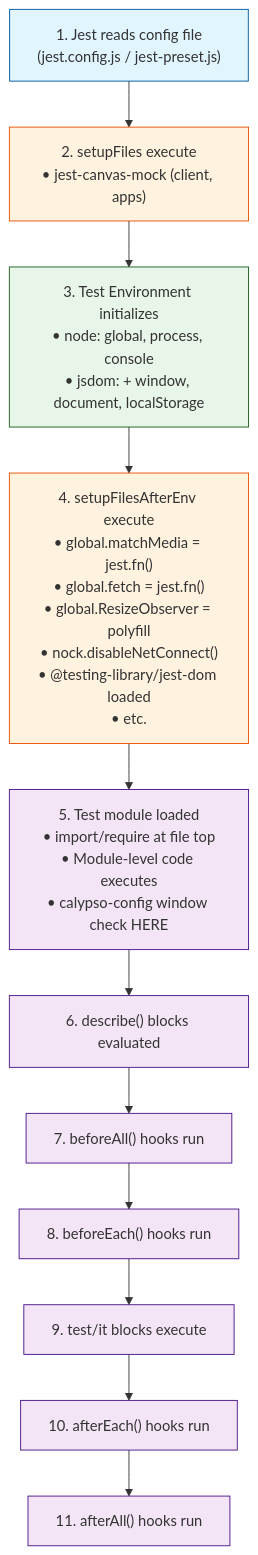
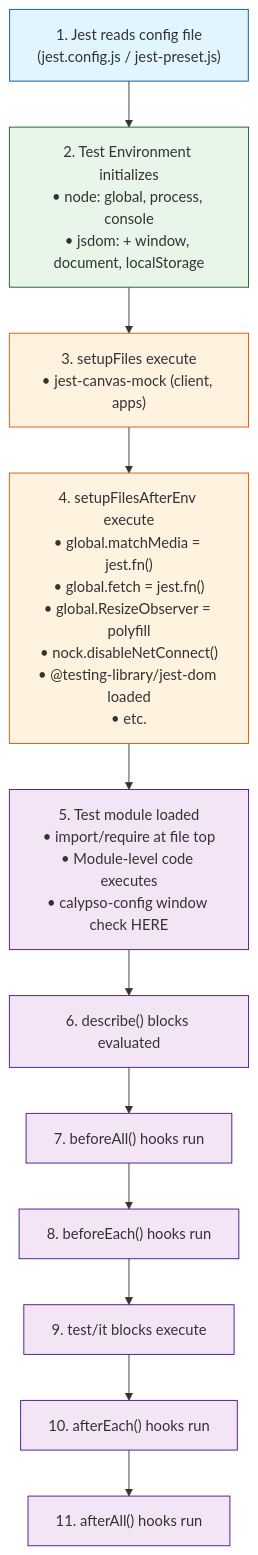
One commit to blitzy-research/wp-calypso changed the third of 4 diagrams in blitzy/documentation/wp-calypso_be7e5cc64162.md. Above: the diagram before and after it, drawn with Mermaid. The commit also changed other lines of this file, not shown here.

First line of the commit message:
fix(docs): correct Jest lifecycle ordering in Q5 section

````diff
--- a/blitzy/documentation/wp-calypso_be7e5cc64162.md
+++ b/blitzy/documentation/wp-calypso_be7e5cc64162.md
@@ -511,21 +511,21 @@
 ```mermaid
 flowchart TD
     classDef config fill:#e1f5fe,stroke:#01579b
     classDef setup fill:#fff3e0,stroke:#e65100
     classDef env fill:#e8f5e9,stroke:#1b5e20
     classDef test fill:#f3e5f5,stroke:#4a148c
 
     S1["1. Jest reads config file\n(jest.config.js / jest-preset.js)"]:::config
-    S2["2. setupFiles execute\n• jest-canvas-mock (client, apps)"]:::setup
-    S3["3. Test Environment initializes\n• node: global, process, console\n• jsdom: + window, document, localStorage"]:::env
+    S2["2. Test Environment initializes\n• node: global, process, console\n• jsdom: + window, document, localStorage"]:::env
+    S3["3. setupFiles execute\n• jest-canvas-mock (client, apps)"]:::setup
     S4["4. setupFilesAfterEnv execute\n• global.matchMedia = jest.fn()\n• global.fetch = jest.fn()\n• global.ResizeObserver = polyfill\n• nock.disableNetConnect()\n• @testing-library/jest-dom loaded\n• etc."]:::setup
     S5["5. Test module loaded\n• import/require at file top\n• Module-level code executes\n• calypso-config window check HERE"]:::test
     S6["6. describe() blocks evaluated"]:::test
     S7["7. beforeAll() hooks run"]:::test
     S8["8. beforeEach() hooks run"]:::test
     S9["9. test/it blocks execute"]:::test
     S10["10. afterEach() hooks run"]:::test
     S11["11. afterAll() hooks run"]:::test
 
     S1 --> S2 --> S3 --> S4 --> S5 --> S6 --> S7 --> S8 --> S9 --> S10 --> S11
 ```
````
